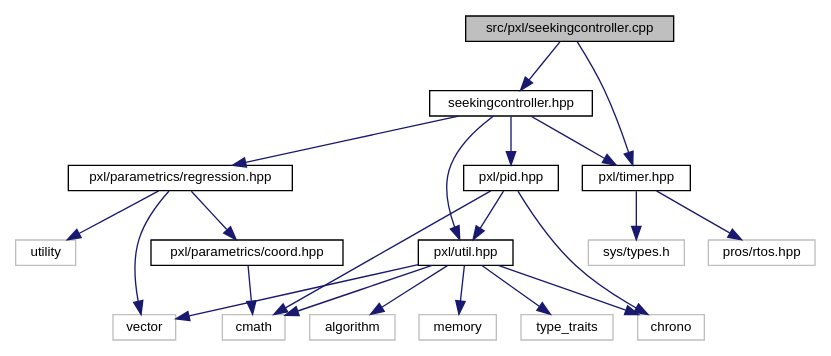
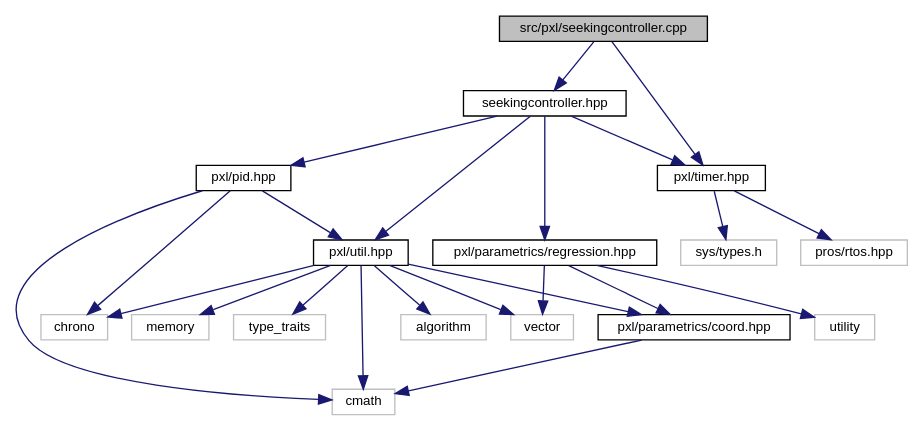
Before and after one commit to Pixel-Lib/Pixel: the diagram in seekingcontroller_8cpp__incl.dot, drawn with Graphviz. The commit also changed 285 other files, not shown here.

```diff
--- a/seekingcontroller_8cpp__incl.dot
+++ b/seekingcontroller_8cpp__incl.dot
@@ -1,43 +1,44 @@
 digraph "src/pxl/seekingcontroller.cpp"
 {
  // LATEX_PDF_SIZE
   edge [fontname="Helvetica",fontsize="10",labelfontname="Helvetica",labelfontsize="10"];
   node [fontname="Helvetica",fontsize="10",shape=record];
   Node1 [label="src/pxl/seekingcontroller.cpp",height=0.2,width=0.4,color="black", fillcolor="grey75", style="filled", fontcolor="black",tooltip=" "];
   Node1 -> Node2 [color="midnightblue",fontsize="10",style="solid",fontname="Helvetica"];
   Node2 [label="seekingcontroller.hpp",height=0.2,width=0.4,color="black", fillcolor="white", style="filled",URL="$seekingcontroller_8hpp.html",tooltip=" "];
   Node2 -> Node3 [color="midnightblue",fontsize="10",style="solid",fontname="Helvetica"];
   Node3 [label="pxl/parametrics/regression.hpp",height=0.2,width=0.4,color="black", fillcolor="white", style="filled",URL="$regression_8hpp.html",tooltip=" "];
   Node3 -> Node4 [color="midnightblue",fontsize="10",style="solid",fontname="Helvetica"];
   Node4 [label="utility",height=0.2,width=0.4,color="grey75", fillcolor="white", style="filled",tooltip=" "];
   Node3 -> Node5 [color="midnightblue",fontsize="10",style="solid",fontname="Helvetica"];
   Node5 [label="vector",height=0.2,width=0.4,color="grey75", fillcolor="white", style="filled",tooltip=" "];
   Node3 -> Node6 [color="midnightblue",fontsize="10",style="solid",fontname="Helvetica"];
   Node6 [label="pxl/parametrics/coord.hpp",height=0.2,width=0.4,color="black", fillcolor="white", style="filled",URL="$coord_8hpp.html",tooltip=" "];
   Node6 -> Node7 [color="midnightblue",fontsize="10",style="solid",fontname="Helvetica"];
   Node7 [label="cmath",height=0.2,width=0.4,color="grey75", fillcolor="white", style="filled",tooltip=" "];
   Node2 -> Node8 [color="midnightblue",fontsize="10",style="solid",fontname="Helvetica"];
   Node8 [label="pxl/pid.hpp",height=0.2,width=0.4,color="black", fillcolor="white", style="filled",URL="$pid_8hpp.html",tooltip=" "];
   Node8 -> Node9 [color="midnightblue",fontsize="10",style="solid",fontname="Helvetica"];
   Node9 [label="chrono",height=0.2,width=0.4,color="grey75", fillcolor="white", style="filled",tooltip=" "];
   Node8 -> Node7 [color="midnightblue",fontsize="10",style="solid",fontname="Helvetica"];
   Node8 -> Node10 [color="midnightblue",fontsize="10",style="solid",fontname="Helvetica"];
   Node10 [label="pxl/util.hpp",height=0.2,width=0.4,color="black", fillcolor="white", style="filled",URL="$util_8hpp.html",tooltip=" "];
   Node10 -> Node11 [color="midnightblue",fontsize="10",style="solid",fontname="Helvetica"];
   Node11 [label="algorithm",height=0.2,width=0.4,color="grey75", fillcolor="white", style="filled",tooltip=" "];
   Node10 -> Node9 [color="midnightblue",fontsize="10",style="solid",fontname="Helvetica"];
   Node10 -> Node7 [color="midnightblue",fontsize="10",style="solid",fontname="Helvetica"];
   Node10 -> Node12 [color="midnightblue",fontsize="10",style="solid",fontname="Helvetica"];
   Node12 [label="memory",height=0.2,width=0.4,color="grey75", fillcolor="white", style="filled",tooltip=" "];
   Node10 -> Node13 [color="midnightblue",fontsize="10",style="solid",fontname="Helvetica"];
   Node13 [label="type_traits",height=0.2,width=0.4,color="grey75", fillcolor="white", style="filled",tooltip=" "];
   Node10 -> Node5 [color="midnightblue",fontsize="10",style="solid",fontname="Helvetica"];
+  Node10 -> Node6 [color="midnightblue",fontsize="10",style="solid",fontname="Helvetica"];
   Node2 -> Node14 [color="midnightblue",fontsize="10",style="solid",fontname="Helvetica"];
   Node14 [label="pxl/timer.hpp",height=0.2,width=0.4,color="black", fillcolor="white", style="filled",URL="$timer_8hpp.html",tooltip=" "];
   Node14 -> Node15 [color="midnightblue",fontsize="10",style="solid",fontname="Helvetica"];
   Node15 [label="sys/types.h",height=0.2,width=0.4,color="grey75", fillcolor="white", style="filled",tooltip=" "];
   Node14 -> Node16 [color="midnightblue",fontsize="10",style="solid",fontname="Helvetica"];
   Node16 [label="pros/rtos.hpp",height=0.2,width=0.4,color="grey75", fillcolor="white", style="filled",tooltip=" "];
   Node2 -> Node10 [color="midnightblue",fontsize="10",style="solid",fontname="Helvetica"];
   Node1 -> Node14 [color="midnightblue",fontsize="10",style="solid",fontname="Helvetica"];
 }
```
